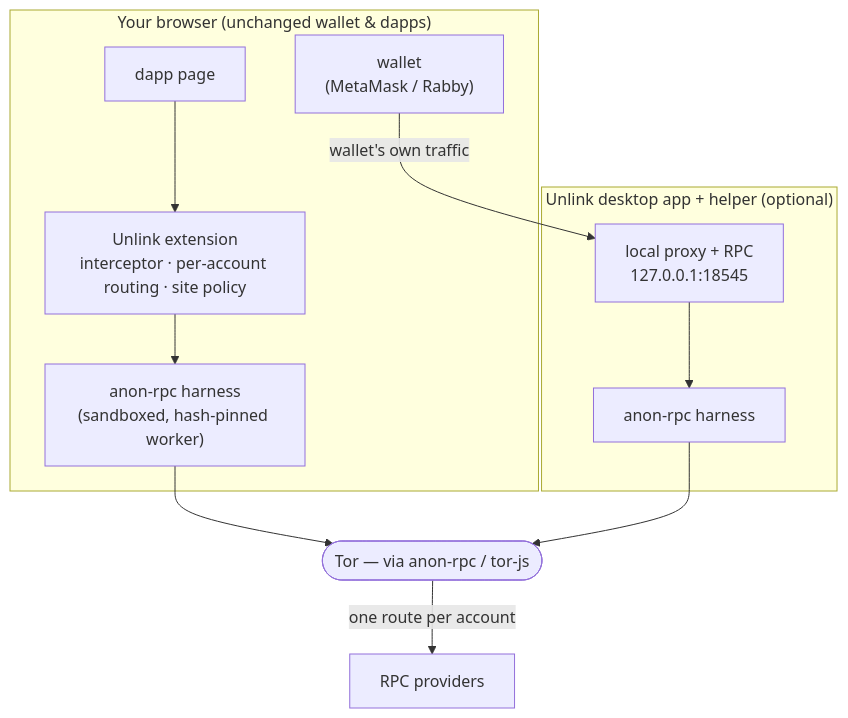
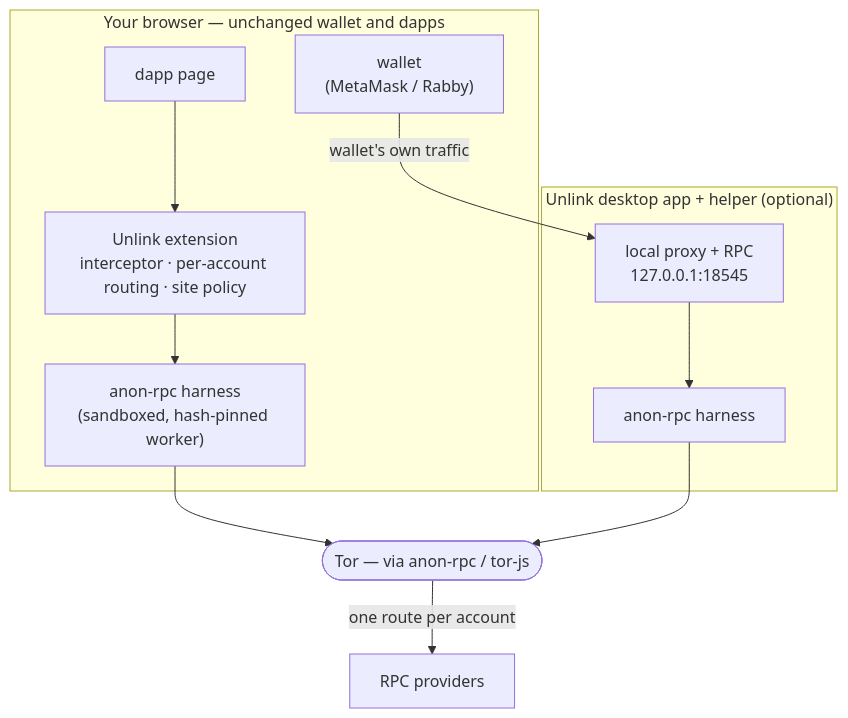
Before and after one commit to Aman035/veil: the second of 3 diagrams in README.md, drawn with Mermaid.

Commit message:
docs: avoid & in a mermaid label for reliable GitHub rendering

````diff
--- a/README.md
+++ b/README.md
@@ -49,16 +49,16 @@
 ```mermaid
 flowchart TB
-  subgraph browser["Your browser (unchanged wallet & dapps)"]
+  subgraph browser["Your browser — unchanged wallet and dapps"]
     D["dapp page"] --> I["Unlink extension<br/>interceptor · per-account routing · site policy"]
     I --> H["anon-rpc harness<br/>(sandboxed, hash-pinned worker)"]
     W["wallet<br/>(MetaMask / Rabby)"]
   end
   subgraph desktop["Unlink desktop app + helper (optional)"]
     LP["local proxy + RPC<br/>127.0.0.1:18545"]
     H2["anon-rpc harness"]
   end
   W -->|"wallet's own traffic"| LP --> H2
   H --> N(["Tor — via anon-rpc / tor-js"])
   H2 --> N
   N -->|"one route per account"| R["RPC providers"]
 ```
````
